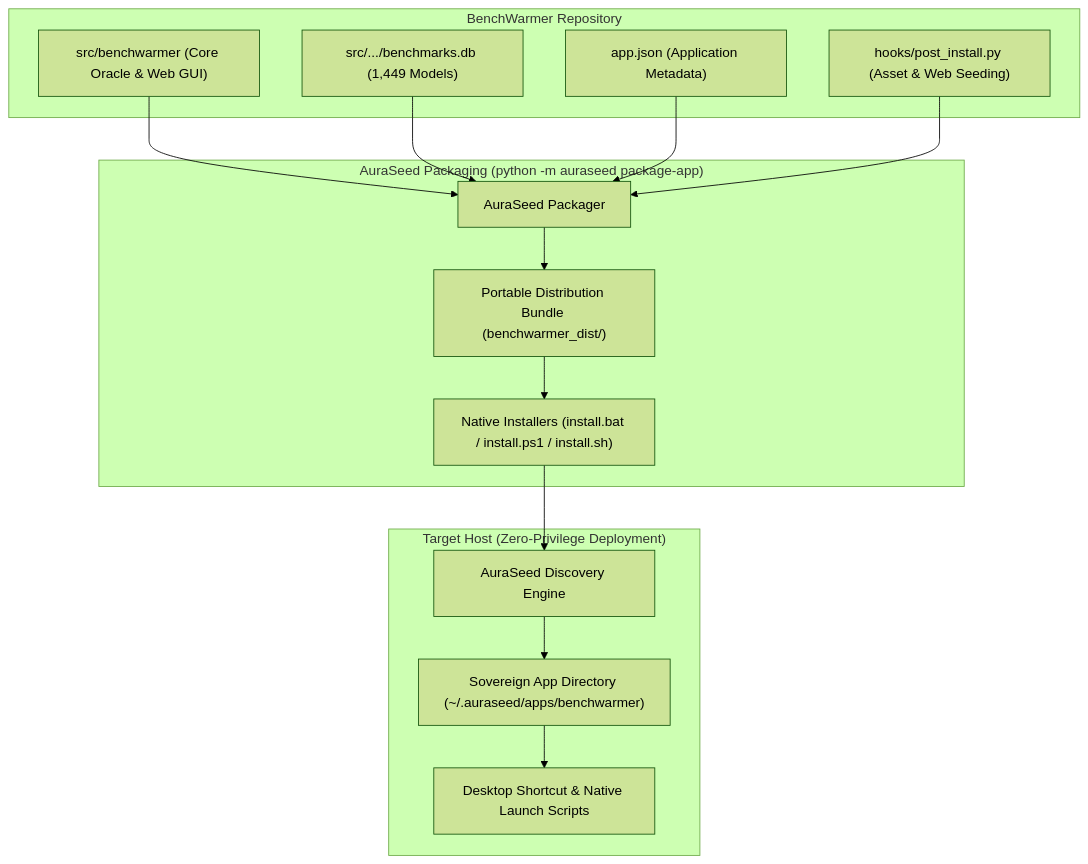
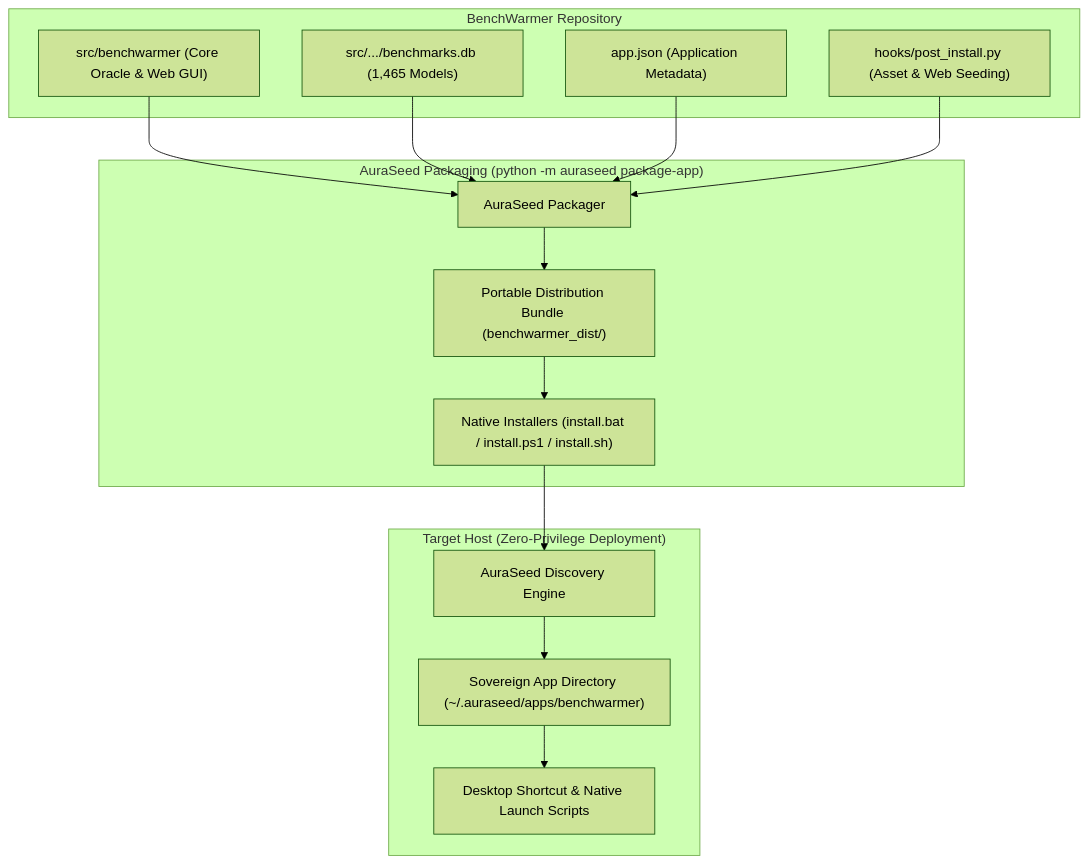
The diagram in docs/AURASEED_DEPLOYMENT.md (AuraCoreDynamics/BenchWarmer), drawn with Mermaid (forest theme) before and after one commit. The commit also changed other lines of this file and 21 other files, not shown here.

````diff
--- a/docs/AURASEED_DEPLOYMENT.md
+++ b/docs/AURASEED_DEPLOYMENT.md
@@ -40,31 +40,31 @@
 ```mermaid
 flowchart TD
     subgraph Development [BenchWarmer Repository]
         Src["src/benchwarmer (Core Oracle & Web GUI)"]
-        DB["src/.../benchmarks.db (1,449 Models)"]
+        DB["src/.../benchmarks.db (1,465 Models)"]
         AppMeta["app.json (Application Metadata)"]
         Hook["hooks/post_install.py (Asset & Web Seeding)"]
     end
 
     subgraph Packaging ["AuraSeed Packaging (python -m auraseed package-app)"]
         Packager["AuraSeed Packager"]
         Dist["Portable Distribution Bundle (benchwarmer_dist/)"]
         Installers["Native Installers (install.bat / install.ps1 / install.sh)"]
     end
 
     subgraph Target ["Target Host (Zero-Privilege Deployment)"]
         Engine["AuraSeed Discovery Engine"]
         SovereignEnv["Sovereign App Directory (~/.auraseed/apps/benchwarmer)"]
         Launchers["Desktop Shortcut & Native Launch Scripts"]
     end
 
     Src --> Packager
     DB --> Packager
     AppMeta --> Packager
     Hook --> Packager
     Packager --> Dist
     Dist --> Installers
     Installers --> Engine
     Engine --> SovereignEnv
     SovereignEnv --> Launchers
 ```
````
